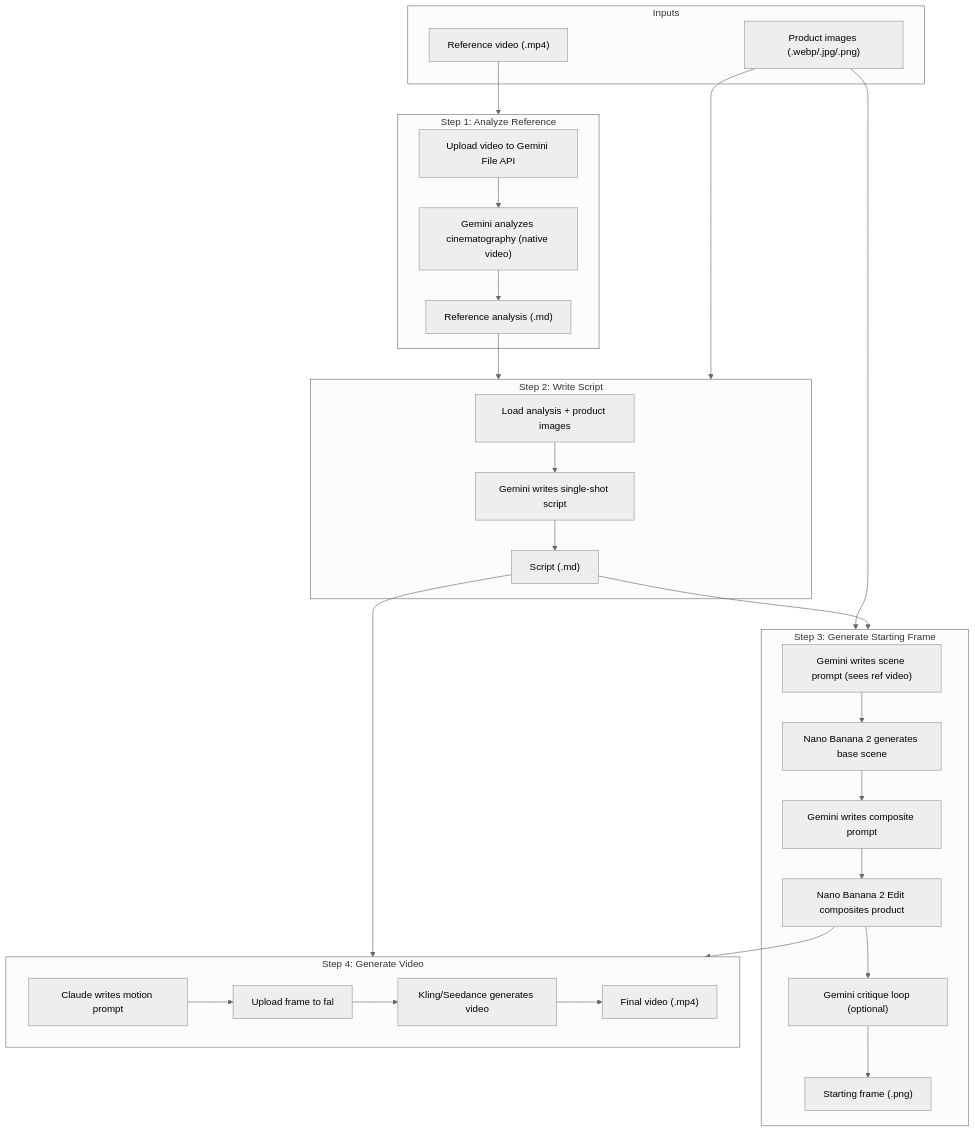
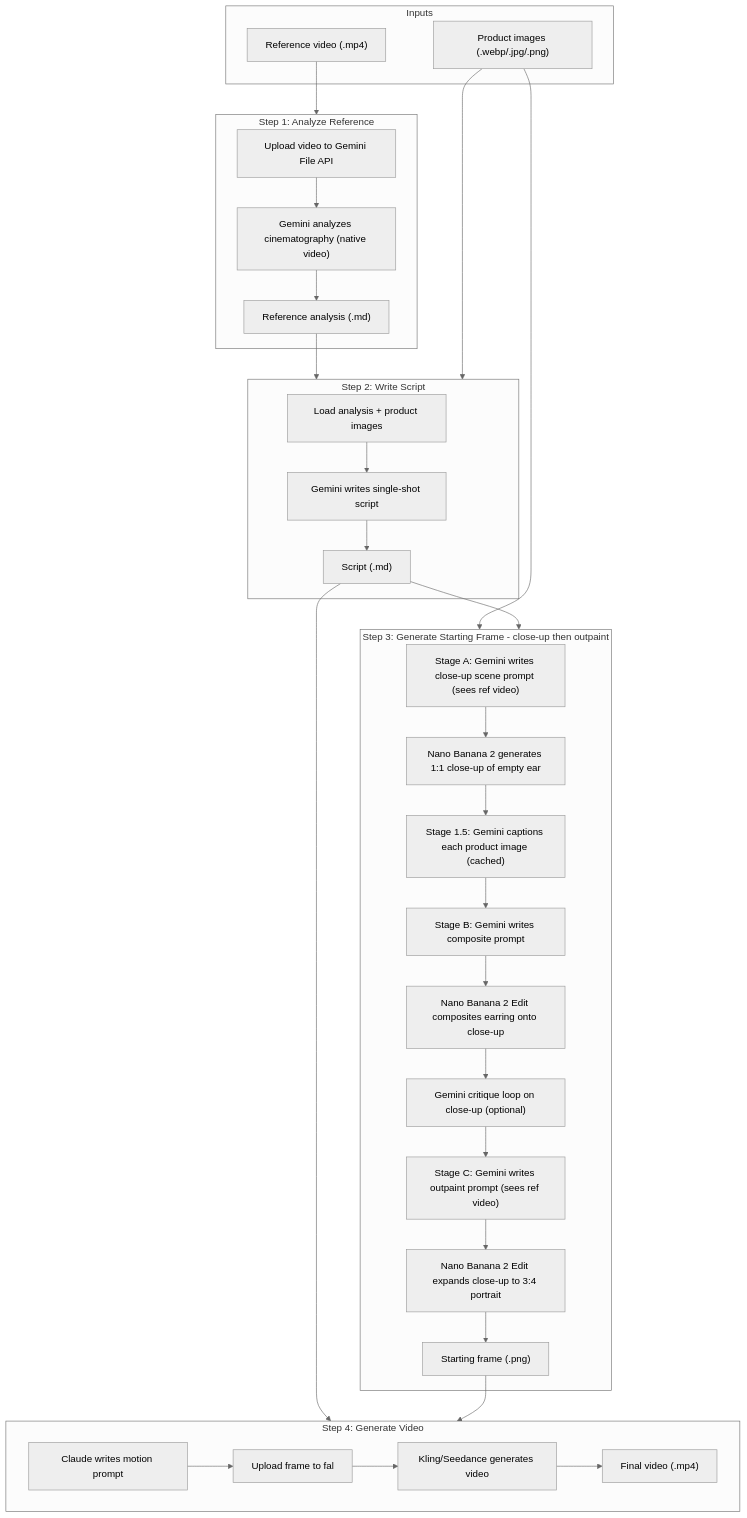
The diagram in docs/pipeline.md (lshalon/video-generation), drawn with Mermaid (neutral theme) before and after one commit. The commit also changed other lines of this file and 32 other files, not shown here.

````diff
--- a/docs/pipeline.md
+++ b/docs/pipeline.md
@@ -9,47 +9,50 @@
 ```mermaid
 flowchart TD
     subgraph inputs [Inputs]
         RefVideo["Reference video (.mp4)"]
         ProductImages["Product images (.webp/.jpg/.png)"]
     end
 
     subgraph step1 [Step 1: Analyze Reference]
         A1["Upload video to Gemini File API"]
         A2["Gemini analyzes cinematography (native video)"]
         A3["Reference analysis (.md)"]
         A1 --> A2 --> A3
     end
 
     subgraph step2 [Step 2: Write Script]
         B1["Load analysis + product images"]
         B2["Gemini writes single-shot script"]
         B3["Script (.md)"]
         B1 --> B2 --> B3
     end
 
-    subgraph step3 [Step 3: Generate Starting Frame]
-        C1["Gemini writes scene prompt (sees ref video)"]
-        C2["Nano Banana 2 generates base scene"]
-        C3["Gemini writes composite prompt"]
-        C4["Nano Banana 2 Edit composites product"]
-        C5["Gemini critique loop (optional)"]
-        C6["Starting frame (.png)"]
-        C1 --> C2 --> C3 --> C4 --> C5 --> C6
+    subgraph step3 [Step 3: Generate Starting Frame - close-up then outpaint]
+        C1["Stage A: Gemini writes close-up scene prompt (sees ref video)"]
+        C2["Nano Banana 2 generates 1:1 close-up of empty ear"]
+        C3["Stage 1.5: Gemini captions each product image (cached)"]
+        C4["Stage B: Gemini writes composite prompt"]
+        C5["Nano Banana 2 Edit composites earring onto close-up"]
+        C6["Gemini critique loop on close-up (optional)"]
+        C7["Stage C: Gemini writes outpaint prompt (sees ref video)"]
+        C8["Nano Banana 2 Edit expands close-up to 3:4 portrait"]
+        C9["Starting frame (.png)"]
+        C1 --> C2 --> C3 --> C4 --> C5 --> C6 --> C7 --> C8 --> C9
     end
 
     subgraph step4 [Step 4: Generate Video]
         D1["Claude writes motion prompt"]
         D2["Upload frame to fal"]
         D3["Kling/Seedance generates video"]
         D4["Final video (.mp4)"]
         D1 --> D2 --> D3 --> D4
     end
 
     RefVideo --> step1
     A3 --> step2
     ProductImages --> step2
     ProductImages --> step3
     B3 --> step3
     B3 --> step4
-    C4 --> step4
+    C9 --> step4
 ```
````
